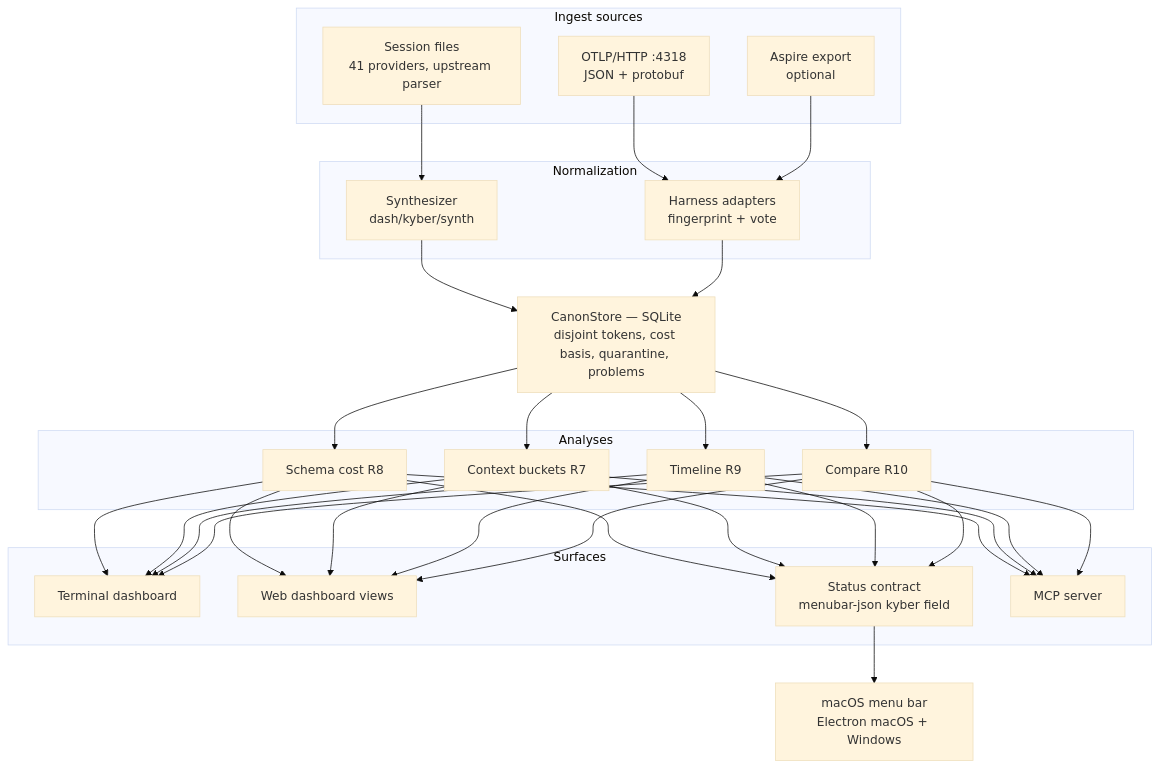
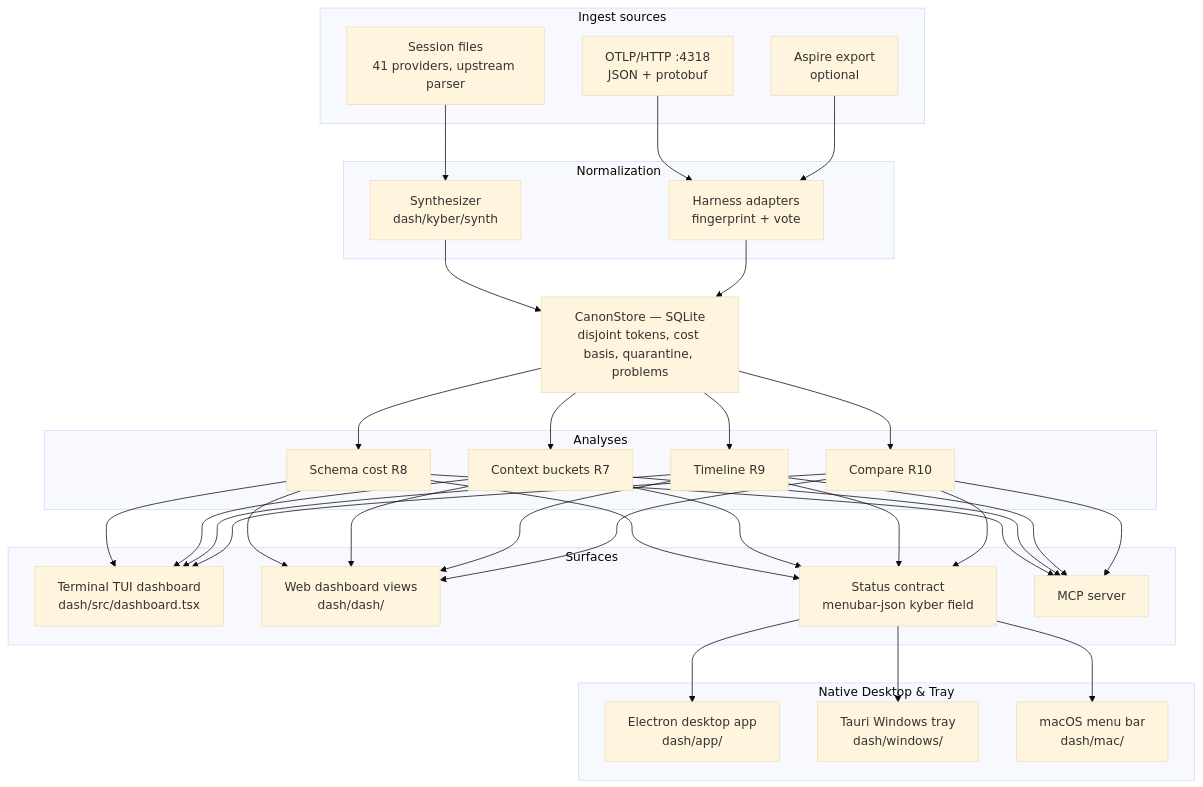
Before and after one commit to dpalfery/kyber-weave: the first of 2 diagrams in docs/dash/architecture.md, drawn with Mermaid (base theme). The commit also changed other lines of this file and 19 other files, not shown here.

````diff
--- a/docs/dash/architecture.md
+++ b/docs/dash/architecture.md
@@ -49,40 +57,44 @@
 ```mermaid
 flowchart TB
     subgraph sources["Ingest sources"]
         FS["Session files<br/>41 providers, upstream parser"]
         OT["OTLP/HTTP :4318<br/>JSON + protobuf"]
         AS["Aspire export<br/>optional"]
     end
 
     subgraph normalize["Normalization"]
         SY["Synthesizer<br/>dash/kyber/synth"]
         AD["Harness adapters<br/>fingerprint + vote"]
     end
 
     ST["CanonStore — SQLite<br/>disjoint tokens, cost basis, quarantine, problems"]
 
     subgraph analyses["Analyses"]
         AN1["Schema cost R8"]
         AN2["Context buckets R7"]
         AN3["Timeline R9"]
         AN4["Compare R10"]
     end
 
     subgraph surfaces["Surfaces"]
-        TUI["Terminal dashboard"]
-        WEB["Web dashboard views"]
+        TUI["Terminal TUI dashboard<br/>dash/src/dashboard.tsx"]
+        WEB["Web dashboard views<br/>dash/dash/"]
         SC["Status contract<br/>menubar-json kyber field"]
         MCP["MCP server"]
     end
 
-    NAT["macOS menu bar<br/>Electron macOS + Windows"]
+    subgraph native["Native Desktop & Tray"]
+        ELEC["Electron desktop app<br/>dash/app/"]
+        TAURI["Tauri Windows tray<br/>dash/windows/"]
+        MAC["macOS menu bar<br/>dash/mac/"]
+    end
 
     FS --> SY
     OT --> AD
     AS --> AD
     SY --> ST
     AD --> ST
     ST --> AN1 & AN2 & AN3 & AN4
     AN1 & AN2 & AN3 & AN4 --> TUI & WEB & SC & MCP
-    SC --> NAT
+    SC --> ELEC & TAURI & MAC
 ```
````
